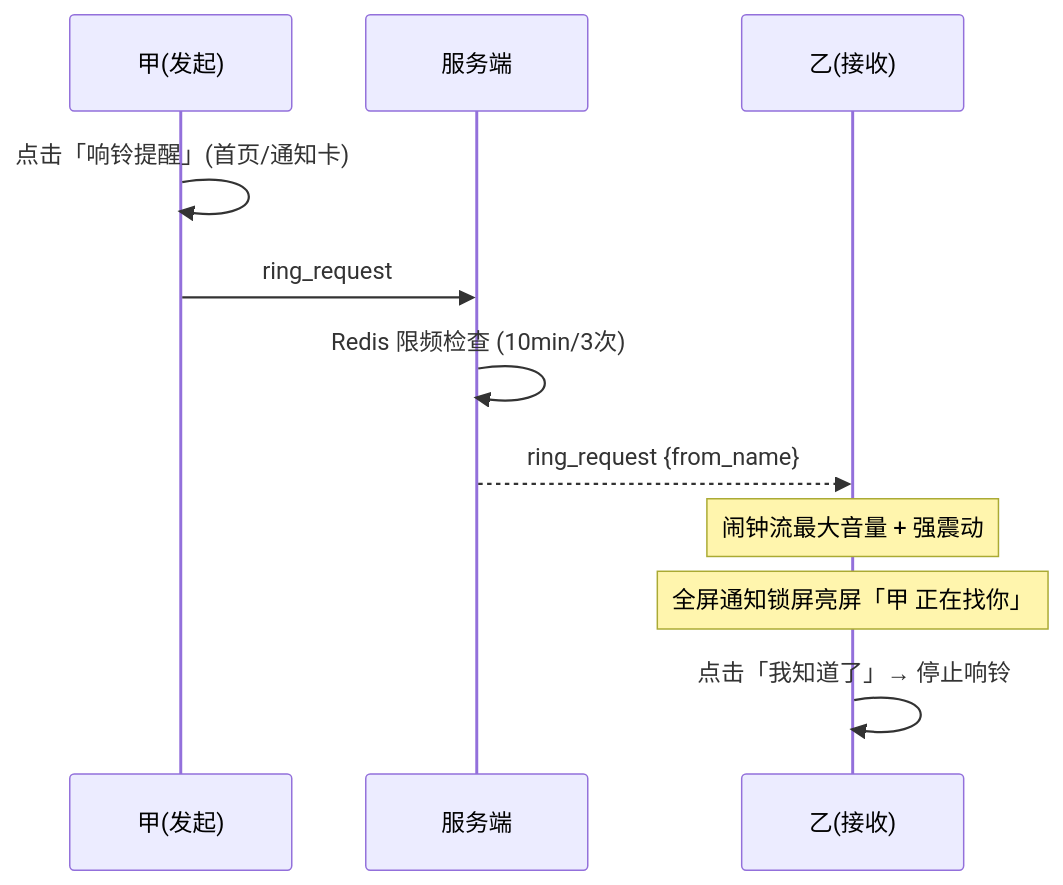
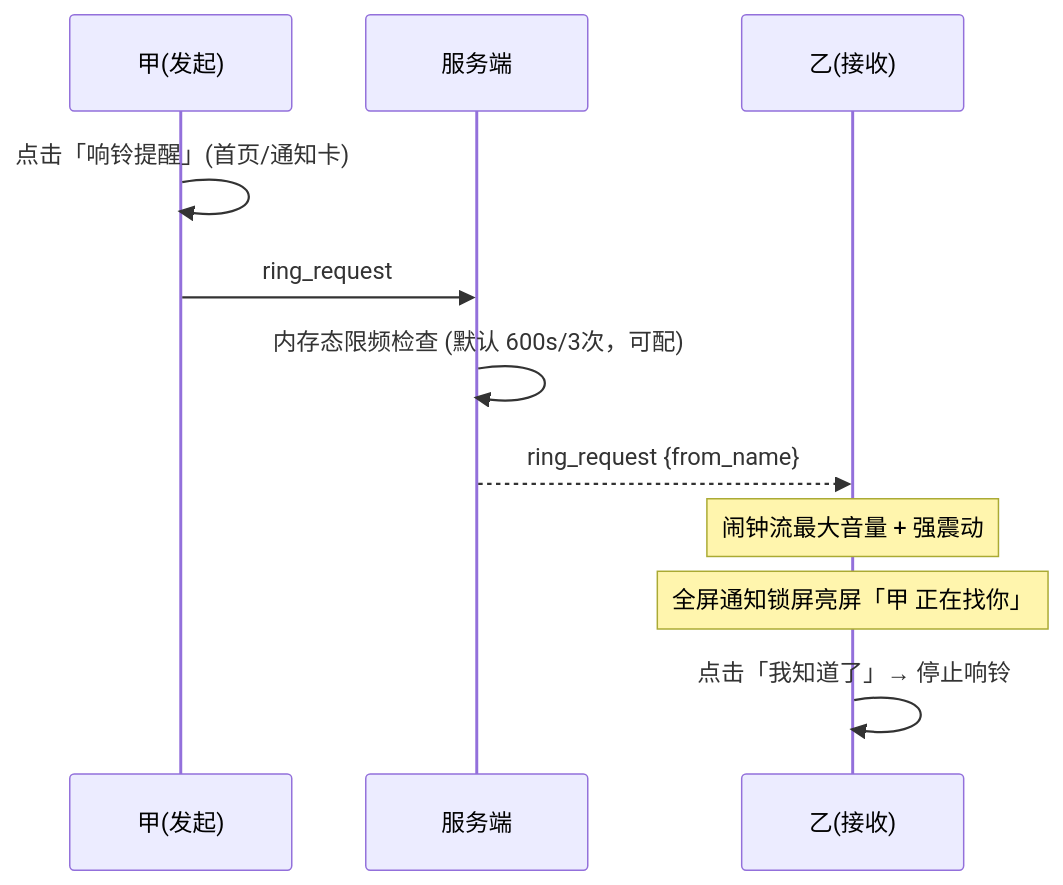
The seventh of 10 diagrams in ARCHITECTURE.md (Lxii-Build/LxDay), drawn with Mermaid before and after one commit. The commit also changed other lines of this file and 5 other files, not shown here.

````diff
--- a/ARCHITECTURE.md
+++ b/ARCHITECTURE.md
@@ -228,14 +516,14 @@
 ```mermaid
 sequenceDiagram
     participant A as 甲(发起)
     participant S as 服务端
     participant B as 乙(接收)
 
     A->>A: 点击「响铃提醒」(首页/通知卡)
     A->>S: ring_request
-    S->>S: Redis 限频检查 (10min/3次)
+    S->>S: 内存态限频检查 (默认 600s/3次，可配)
     S-->>B: ring_request {from_name}
     Note over B: 闹钟流最大音量 + 强震动
     Note over B: 全屏通知锁屏亮屏「甲 正在找你」
     B->>B: 点击「我知道了」→ 停止响铃
 ```
````
